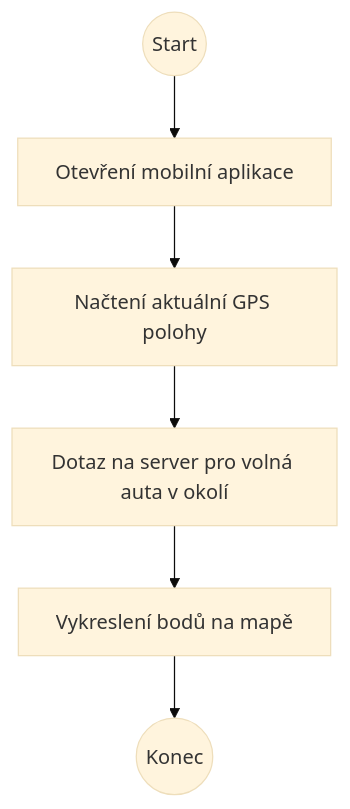
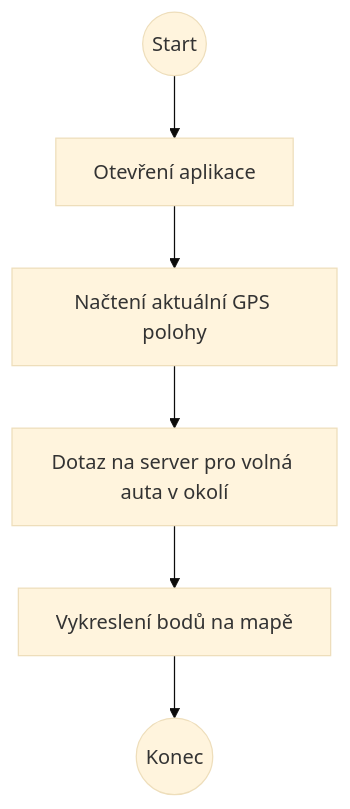
Before and after one commit to CrimsonRubyRose/KSWI: the second of 12 diagrams in Full.md, drawn with Mermaid (base theme). The commit also changed other lines of this file, not shown here.

````diff
--- a/Full.md
+++ b/Full.md
@@ -37,8 +37,8 @@
 ```mermaid
 flowchart TD
-    Start((Start)) --> Open[Otevření mobilní aplikace]
+    Start((Start)) --> Open[Otevření aplikace]
     Open --> GPS[Načtení aktuální GPS polohy]
     GPS --> Fetch[Dotaz na server pro volná auta v okolí]
     Fetch --> Display[Vykreslení bodů na mapě]
     Display --> End((Konec))
 ```
````
